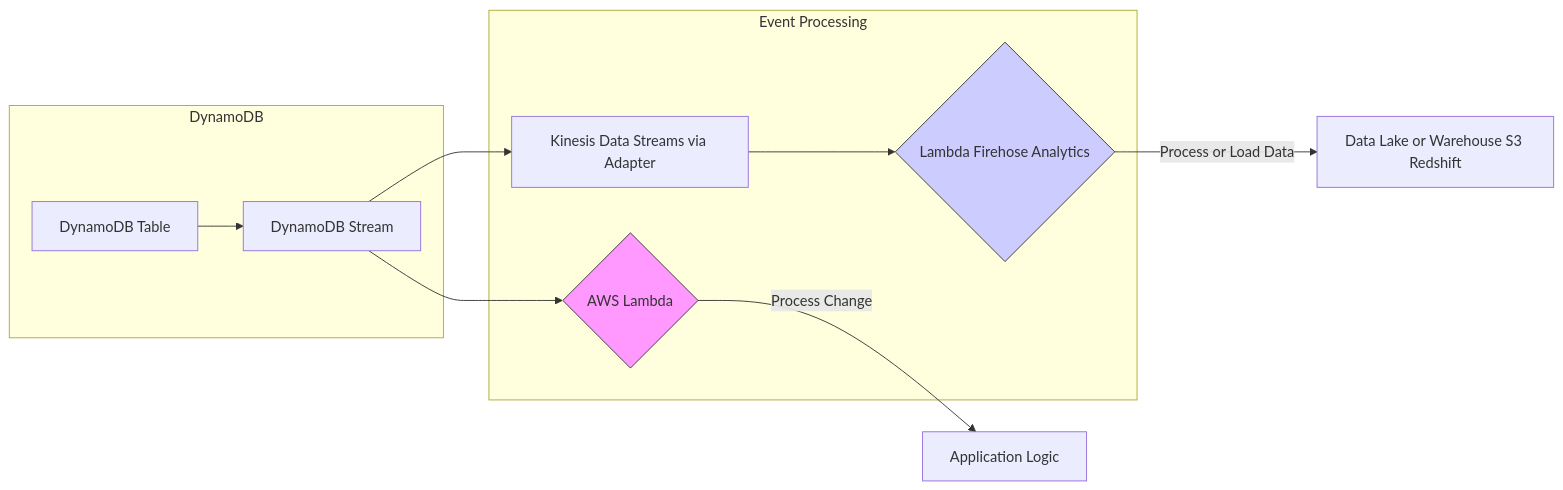
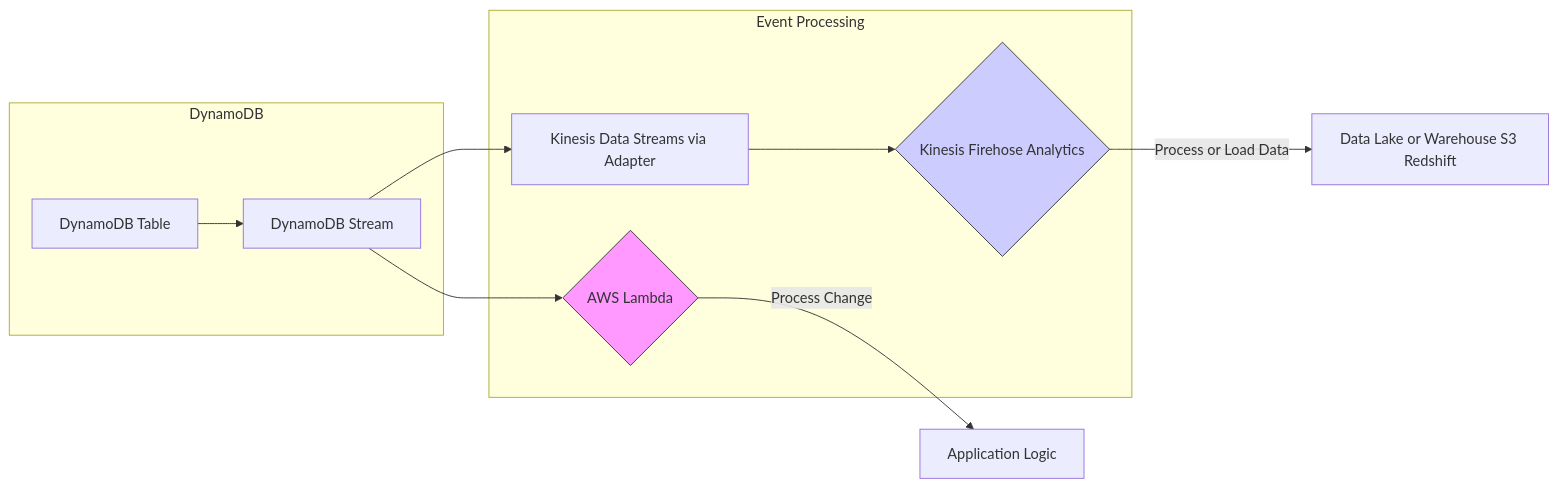
The second of 2 diagrams in Databases/5-DynamoDb.md (rathiaditya/AWSCertification), drawn with Mermaid before and after one commit. The commit also changed 2 other files, not shown here.

````diff
--- a/Databases/5-DynamoDb.md
+++ b/Databases/5-DynamoDb.md
@@ -100,18 +100,18 @@
 ```mermaid
 graph LR
     subgraph DynamoDB
         A[DynamoDB Table] --> B[DynamoDB Stream]
     end
     
     subgraph Event Processing
         B --> C{AWS Lambda}
         B --> D[Kinesis Data Streams via Adapter]
-        D --> E{Lambda Firehose Analytics}
+        D --> E{Kinesis Firehose Analytics}
     end
 
     style C fill:#f9f,stroke:#333
     style E fill:#ccf,stroke:#333
 
     C -- Process Change --> Action[Application Logic]
     E -- Process or Load Data --> Destination[Data Lake or Warehouse S3 Redshift]
 ```
````
